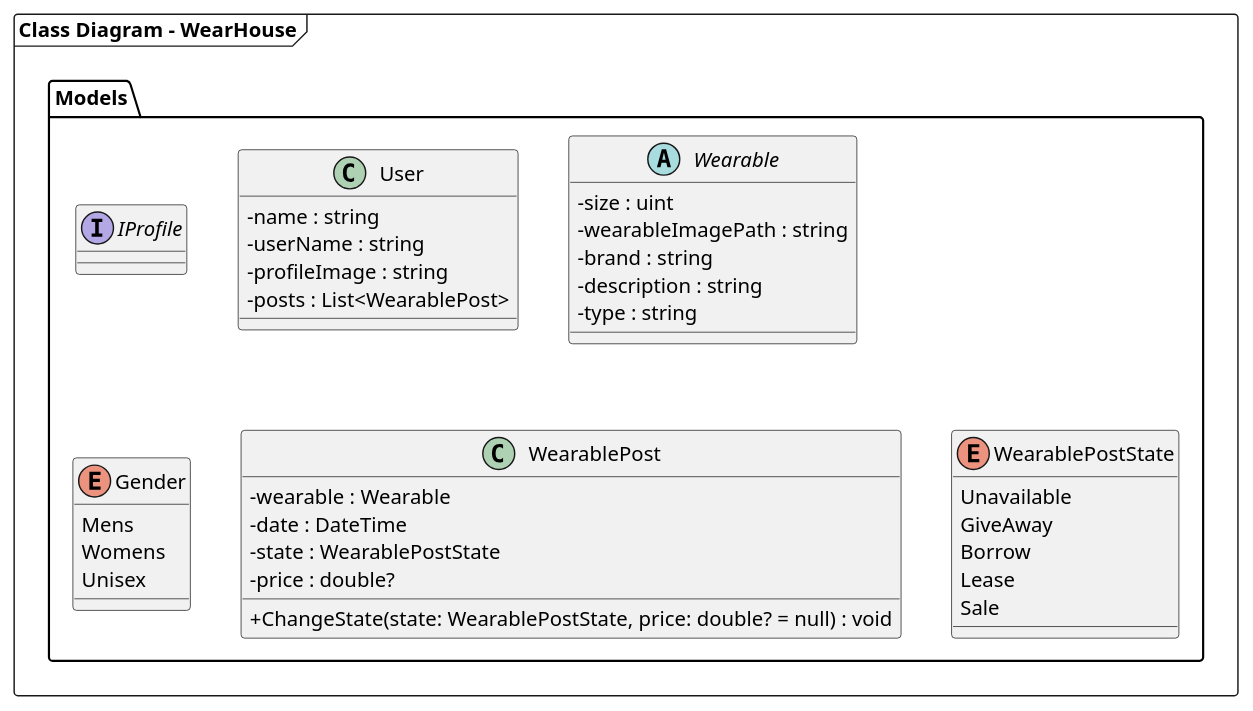
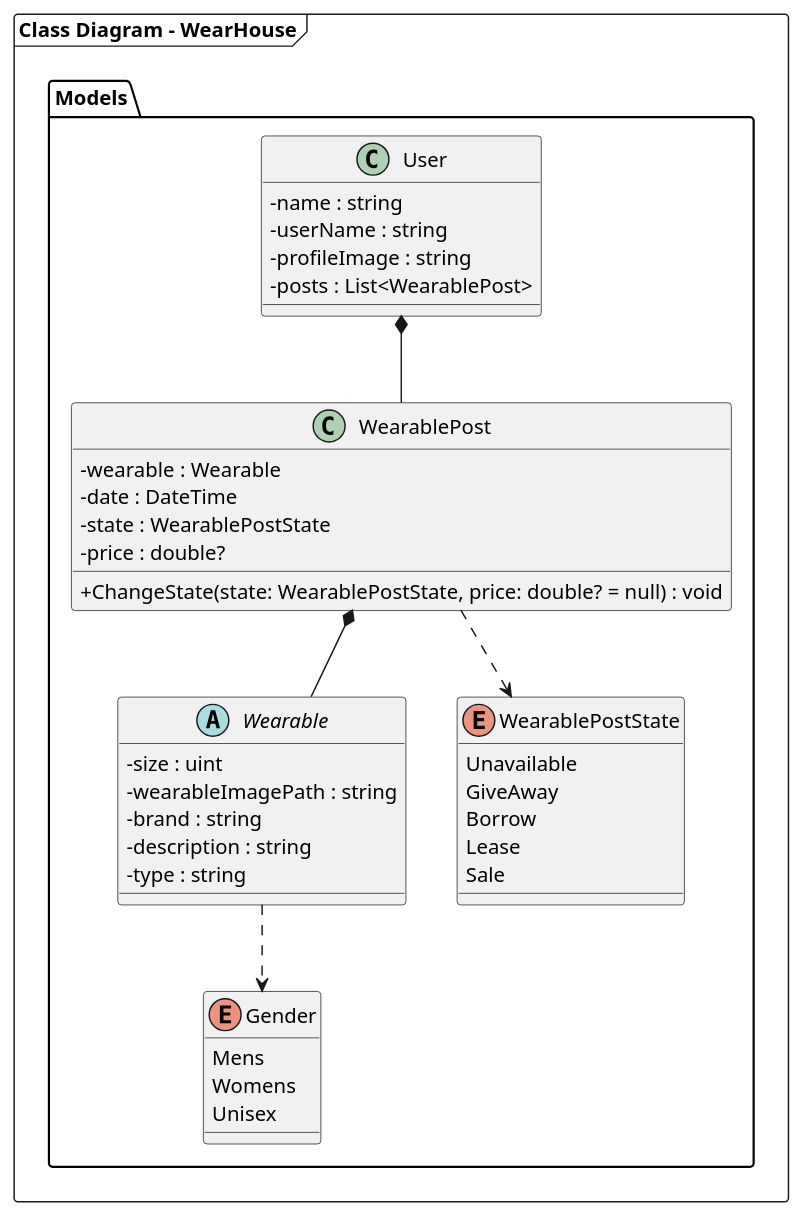
The diagram in Arkitektur/ModelClassDiagram.puml (PRJ4WearHouse/Project), drawn with PlantUML before and after one commit. The commit also changed 1 other file, not shown here.

Commit message:
Updated ModelClassDiagram

```diff
--- a/Arkitektur/ModelClassDiagram.puml
+++ b/Arkitektur/ModelClassDiagram.puml
@@ -1,51 +1,52 @@
 @startuml
 
 package "Class Diagram - WearHouse" <<Frame>> {
   skinparam classAttributeIconSize 0
 
   namespace Models {
-
-    interface "IProfile" {
-
-    }
 
     class "User" as US {
       -name : string
       -userName : string
       -profileImage : string
       -posts : List<WearablePost>
     }
 
     abstract class "Wearable" as WE {
       -size : uint
       -wearableImagePath : string
       -brand : string
       -description : string
       -type : string
     }
 
     enum "Gender" as GE {
       Mens
       Womens
       Unisex
     }
 
     class "WearablePost" as WP {
       -wearable : Wearable
       -date : DateTime
       -state : WearablePostState
       -price : double?
       +ChangeState(state: WearablePostState, price: double? = null) : void
     }
 
     enum "WearablePostState" as WPS {
       Unavailable
       GiveAway
       Borrow
       Lease
       Sale
     }
+
+    US *-- WP
+    WP *-- WE
+    WP ..> WPS
+    WE ..> GE
   }
 }
 
 @enduml
```
